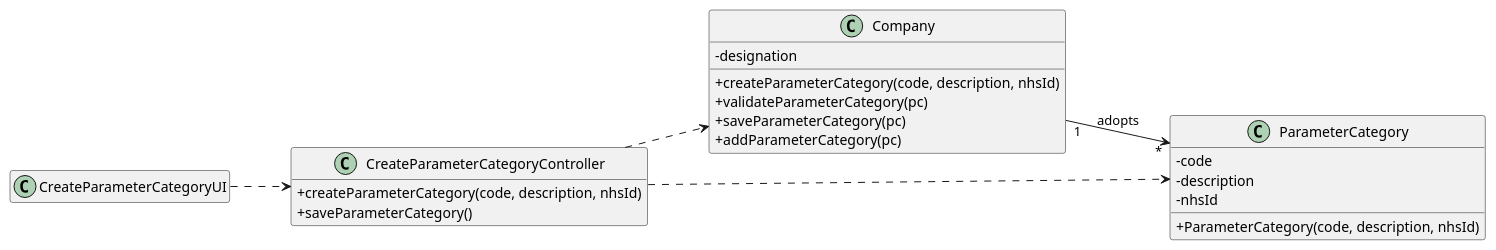
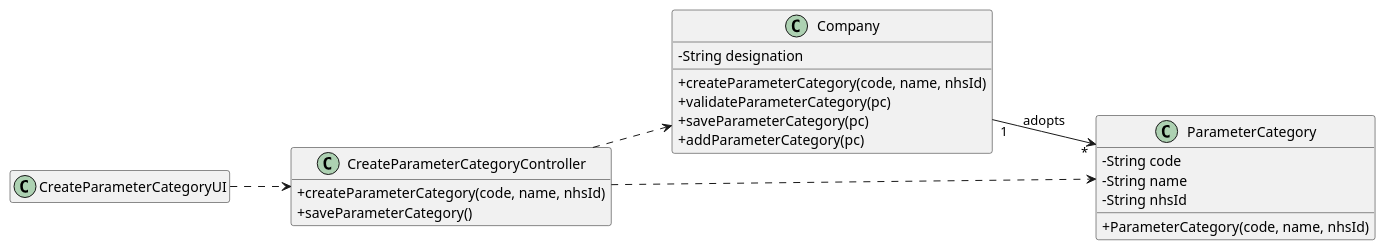
Before and after one commit to ana-albergaria/LAPR2-ISEP: the diagram in docs/SprintB/US_11/US11_CD.puml, drawn with PlantUML. The commit also changed 7 other files, not shown here.

```diff
--- a/docs/SprintB/US_11/US11_CD.puml
+++ b/docs/SprintB/US_11/US11_CD.puml
@@ -1,36 +1,36 @@
 @startuml
 hide empty methods
 hide empty attributes
 left to right direction
 skinparam classAttributeIconSize 0
 
 class Company {
-  -designation
-  +createParameterCategory(code, description, nhsId)
+  -String designation
+  +createParameterCategory(code, name, nhsId)
   +validateParameterCategory(pc)
   +saveParameterCategory(pc)
   +addParameterCategory(pc)
 }
 
 class ParameterCategory {
-   -code
-   -description
-   -nhsId
-   +ParameterCategory(code, description, nhsId)
+   -String code
+   -String name
+   -String nhsId
+   +ParameterCategory(code, name, nhsId)
 }
 
 class CreateParameterCategoryController {
-  +createParameterCategory(code, description, nhsId)
+  +createParameterCategory(code, name, nhsId)
   +saveParameterCategory()
 }
 
 class CreateParameterCategoryUI {
 }
 
 CreateParameterCategoryUI ..> CreateParameterCategoryController
 CreateParameterCategoryController ..> Company
 CreateParameterCategoryController ..> ParameterCategory
 Company "1" --> "*" ParameterCategory : adopts
 
 
 @enduml
```
